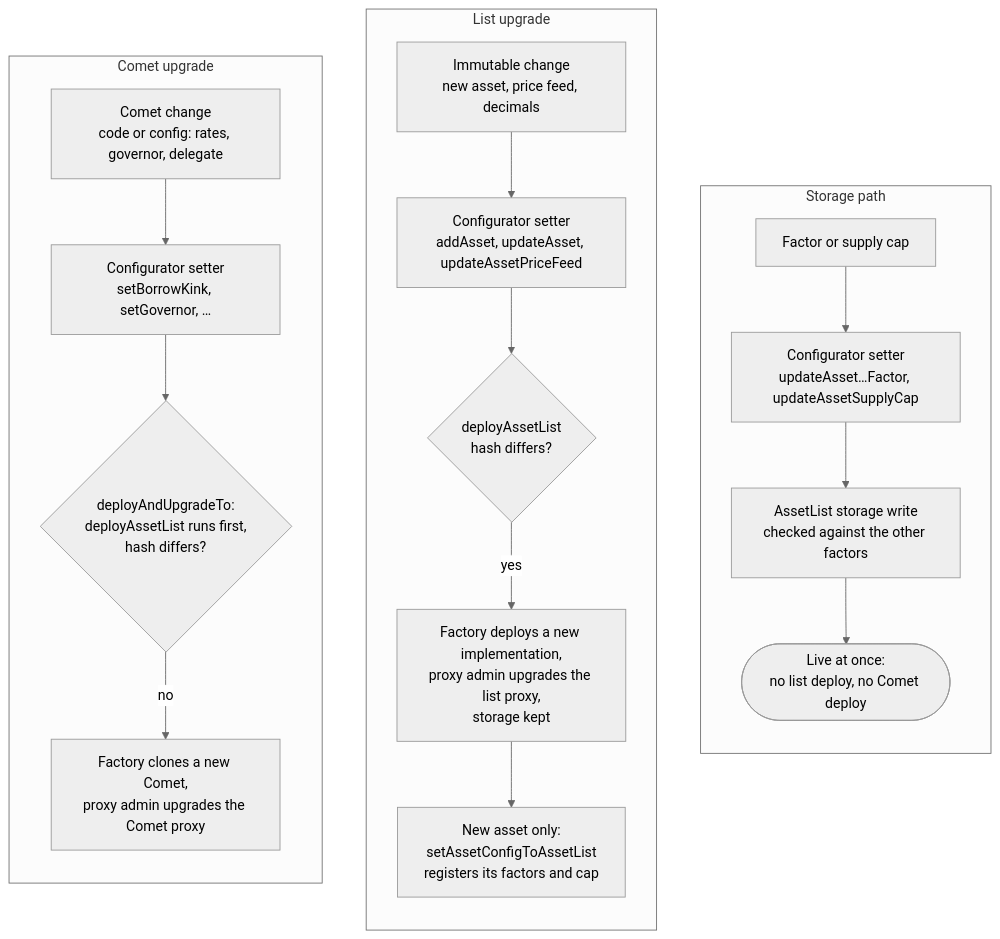
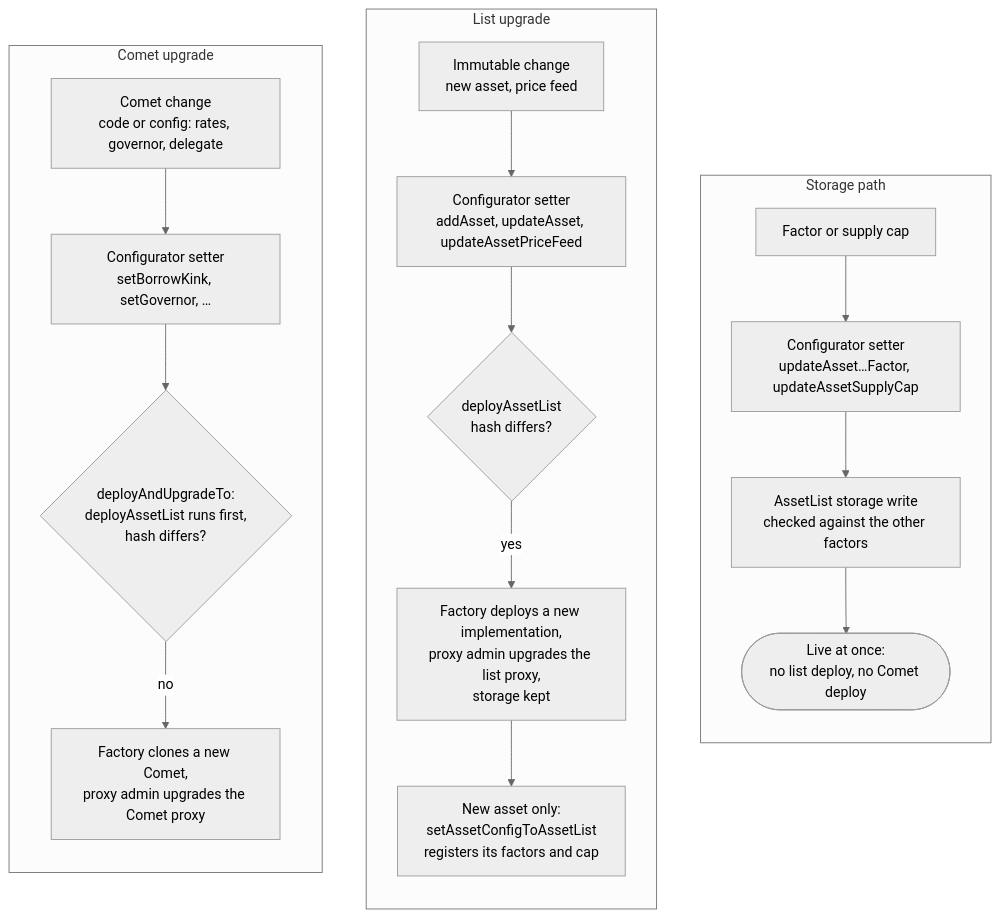
One commit to woof-software/comet changed the second of 2 diagrams in docs/asset-list.md. Above: the diagram before and after it, drawn with Mermaid (neutral theme). The commit also changed other lines of this file and 38 other files, not shown here.

First line of the commit message:
refactor: remove decimals from asset configurations in AssetList and related contracts

````diff
--- a/docs/asset-list.md
+++ b/docs/asset-list.md
@@ -170,22 +169,22 @@
 ```mermaid
 flowchart TB
     subgraph S["Storage path"]
         direction TB
         S1["Factor or supply cap"] --> S2["Configurator setter<br/>updateAsset…Factor, updateAssetSupplyCap"]
         S2 --> S3["AssetList storage write<br/>checked against the other factors"]
         S3 --> S4(["Live at once:<br/>no list deploy, no Comet deploy"])
     end
     subgraph L["List upgrade"]
         direction TB
-        L1["Immutable change<br/>new asset, price feed, decimals"] --> L2["Configurator setter<br/>addAsset, updateAsset, updateAssetPriceFeed"]
+        L1["Immutable change<br/>new asset, price feed"] --> L2["Configurator setter<br/>addAsset, updateAsset, updateAssetPriceFeed"]
         L2 --> L3{"deployAssetList<br/>hash differs?"}
         L3 -- yes --> L4["Factory deploys a new implementation,<br/>proxy admin upgrades the list proxy,<br/>storage kept"]
         L4 --> L5["New asset only:<br/>setAssetConfigToAssetList<br/>registers its factors and cap"]
     end
     subgraph CU["Comet upgrade"]
         direction TB
         C1["Comet change<br/>code or config: rates, governor, delegate"] --> C2["Configurator setter<br/>setBorrowKink, setGovernor, …"]
         C2 --> C3{"deployAndUpgradeTo:<br/>deployAssetList runs first,<br/>hash differs?"}
         C3 -- no --> C4["Factory clones a new Comet,<br/>proxy admin upgrades the Comet proxy"]
     end
 ```
````
